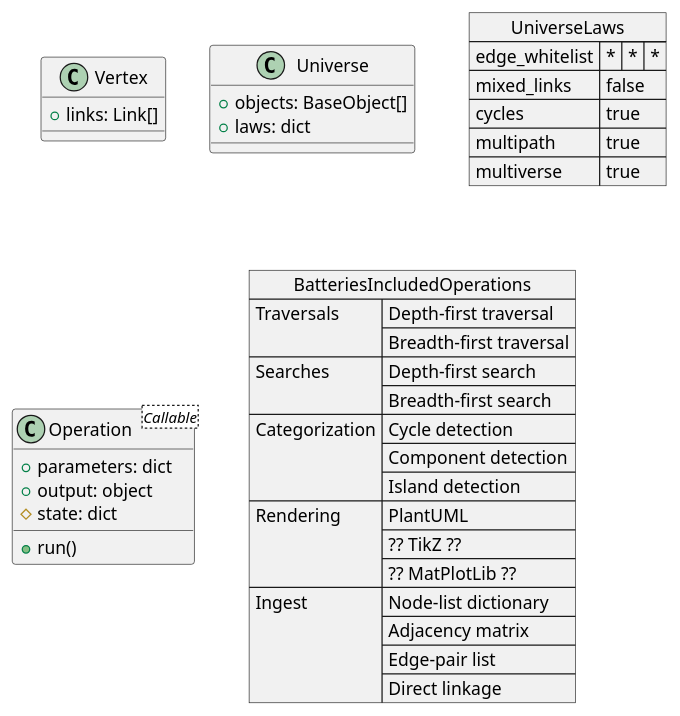
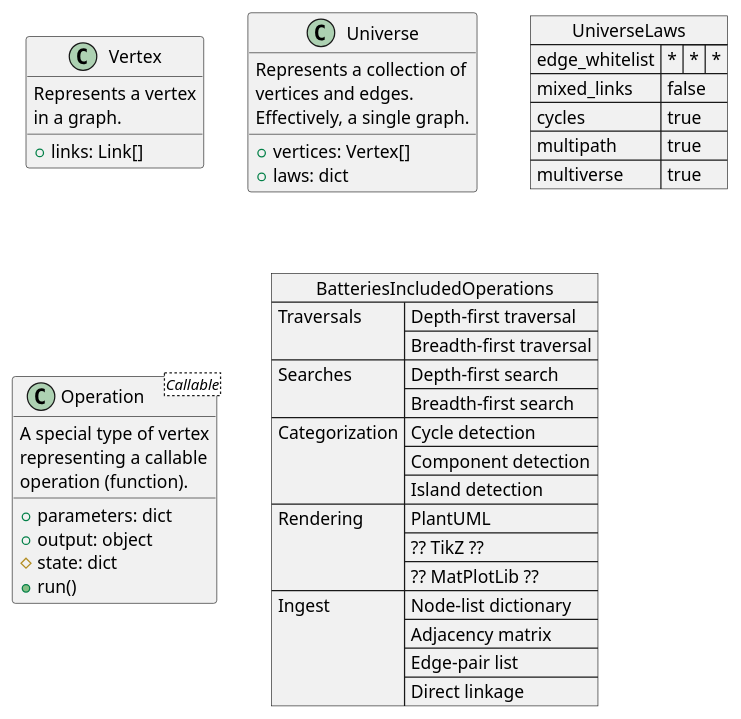
Before and after one commit to mishaturnbull/edgegraph: the diagram in docs/img/vertices.iuml, drawn with PlantUML. The commit also changed 13 other files, not shown here.

```diff
--- a/docs/img/vertices.iuml
+++ b/docs/img/vertices.iuml
@@ -1,58 +1,69 @@
 @startuml
 
 class Vertex {
+    Represents a vertex
+    in a graph.
+    __
     {field} +links: Link[]
 }
 
 class Universe {
-    {field} +objects: BaseObject[]
+    Represents a collection of 
+    vertices and edges.
+    Effectively, a single graph.
+    __
+    {field} +vertices: Vertex[]
     {field} +laws: dict
 }
 
 json UniverseLaws {
     "edge_whitelist": {
         "*": {
             "*": "*"
         }
     },
     "mixed_links": false,
     "cycles": true,
     "multipath": true,
     "multiverse": true
 }
 
 class Operation<Callable> {
+    A special type of vertex
+    representing a callable
+    operation (function).
+    __
     {field} +parameters: dict
     {field} +output: object
     {field} #state: dict
     {method} +run()
 }
 
 json BatteriesIncludedOperations {
     "Traversals": [
         "Depth-first traversal",
         "Breadth-first traversal"
     ],
     "Searches": [
         "Depth-first search",
         "Breadth-first search"
     ],
     "Categorization": [
         "Cycle detection",
         "Component detection",
         "Island detection"
     ],
     "Rendering": [
         "PlantUML",
         "?? TikZ ??",
         "?? MatPlotLib ??"
     ],
     "Ingest": [
         "Node-list dictionary",
         "Adjacency matrix",
         "Edge-pair list",
         "Direct linkage"
     ]
 }
 
 @enduml
```
